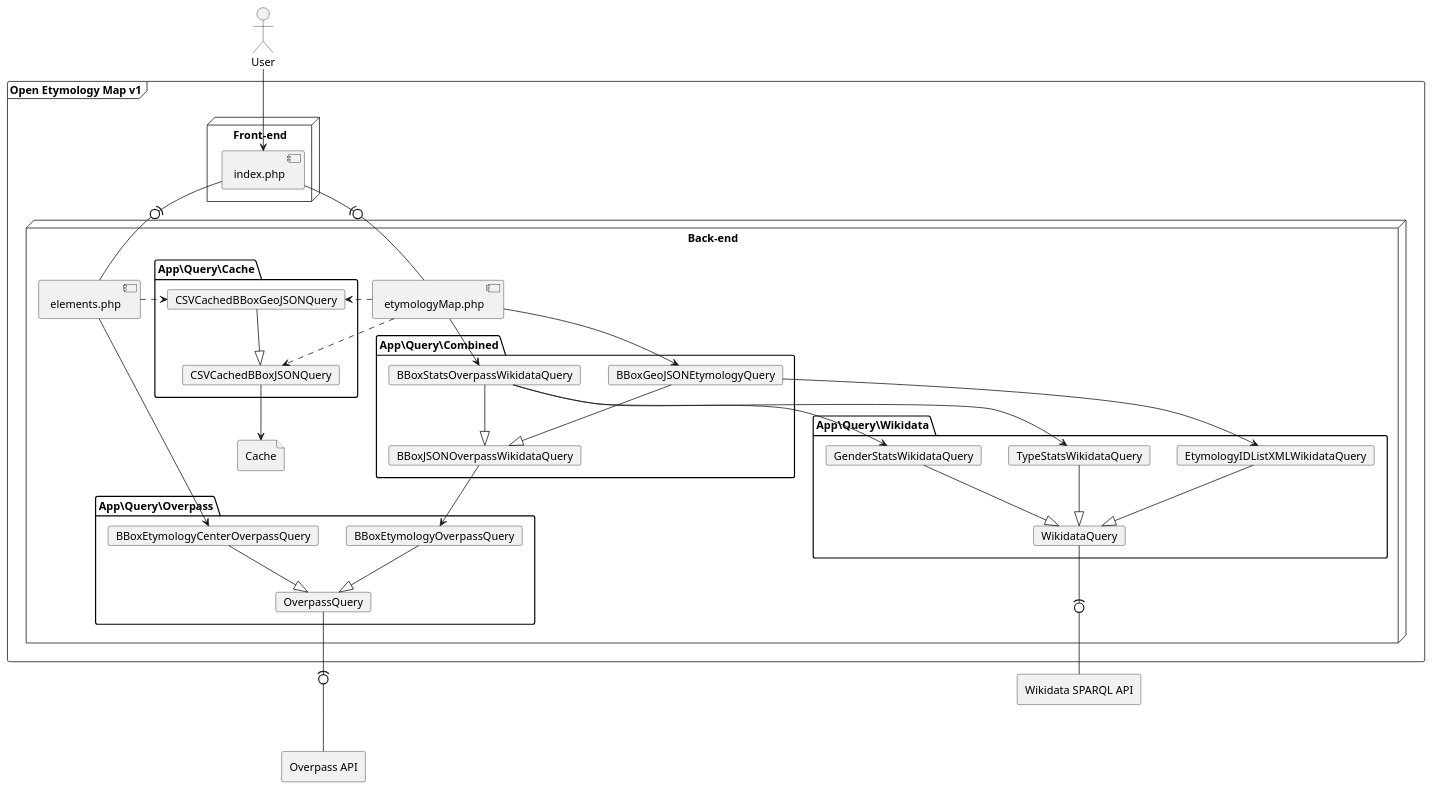
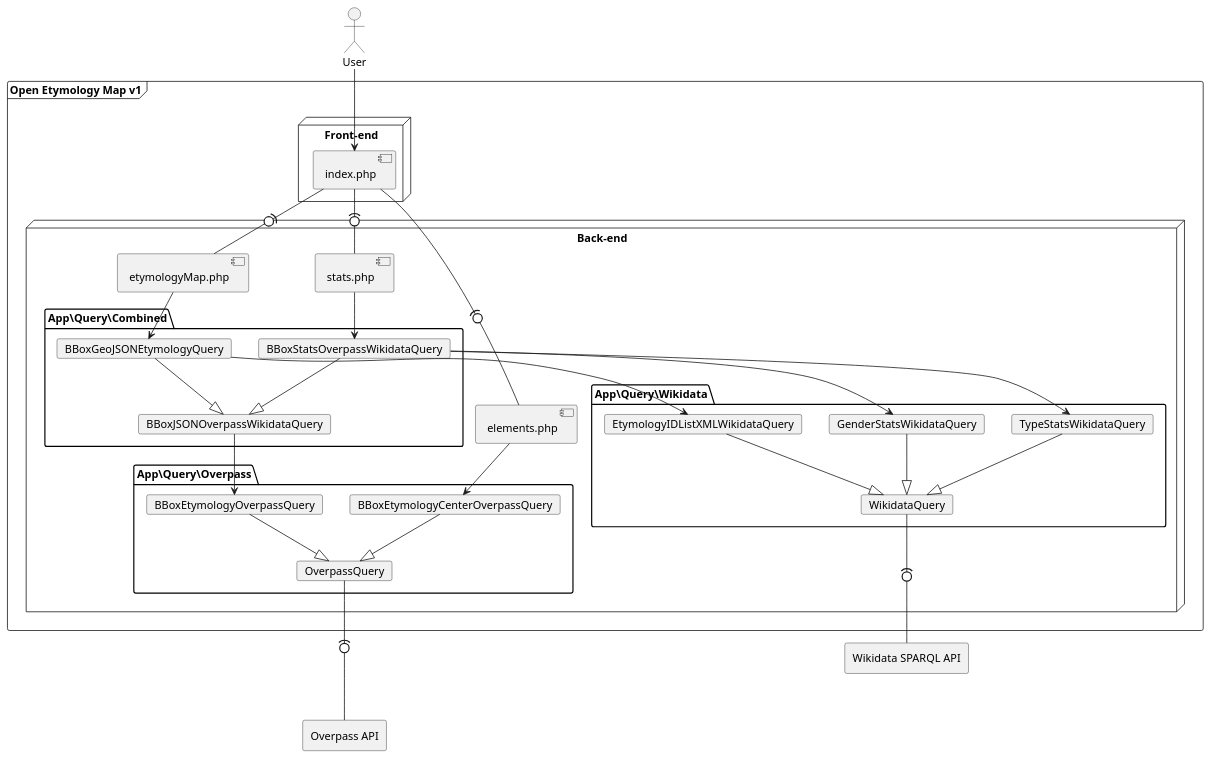
The third of 3 diagrams in CONTRIBUTING.md (Danysan1/osm-wikidata-map-framework), drawn with PlantUML before and after one commit. The commit also changed other lines of this file and 3 other files, not shown here.

Commit message:
stats.php

````diff
--- a/CONTRIBUTING.md
+++ b/CONTRIBUTING.md
@@ -279,71 +279,73 @@
 ```plantuml
-@startuml oem_v1
 actor user as "User"
 frame oem as "Open Etymology Map v1" {
     node "Front-end" {
         component index as "index.php"
     }
     node "Back-end" {
-        file cache as "Cache"
         component etymologyMap as "etymologyMap.php"
         component elements as "elements.php"
-        package "App\Query\Cache" {
-            card CSVCachedBBoxGeoJSONQuery
-            card CSVCachedBBoxJSONQuery
-        }
+        component stats as "stats.php"
         package "App\Query\Combined" {
             card BBoxGeoJSONEtymologyQuery
             card BBoxStatsOverpassWikidataQuery
             card BBoxJSONOverpassWikidataQuery
         }
         package "App\Query\Wikidata" {
             card WikidataQuery
             card EtymologyIDListXMLWikidataQuery
             card TypeStatsWikidataQuery
             card GenderStatsWikidataQuery
         }
         package "App\Query\Overpass" {
             card OverpassQuery
             card BBoxEtymologyOverpassQuery
             card BBoxEtymologyCenterOverpassQuery
         }
+/'
+        package "App\Query\Cache" {
+            card CSVCachedBBoxGeoJSONQuery
+            card CSVCachedBBoxJSONQuery
+        }
+        'file cache as "Cache"
+'/
     }
 }
+agent wikidata as "Wikidata SPARQL API"
 agent overpass as "Overpass API"
-agent wikidata as "Wikidata SPARQL API"
 
 user --> index
 index -(0- etymologyMap
 index -(0- elements
+index -(0- stats
 
-etymologyMap  .> CSVCachedBBoxJSONQuery
-etymologyMap  .> CSVCachedBBoxGeoJSONQuery
-elements .> CSVCachedBBoxGeoJSONQuery
+/'
+stats  ..> CSVCachedBBoxJSONQuery
+etymologyMap  ..> CSVCachedBBoxGeoJSONQuery
+elements ..> CSVCachedBBoxGeoJSONQuery
 CSVCachedBBoxGeoJSONQuery --|> CSVCachedBBoxJSONQuery
 CSVCachedBBoxJSONQuery --> cache
+'/
 
 elements --> BBoxEtymologyCenterOverpassQuery
-
 etymologyMap --> BBoxGeoJSONEtymologyQuery
-etymologyMap --> BBoxStatsOverpassWikidataQuery
+stats --> BBoxStatsOverpassWikidataQuery
 
 BBoxGeoJSONEtymologyQuery --|> BBoxJSONOverpassWikidataQuery
 BBoxStatsOverpassWikidataQuery --|> BBoxJSONOverpassWikidataQuery
 
 BBoxEtymologyOverpassQuery --|> OverpassQuery
 BBoxEtymologyCenterOverpassQuery --|> OverpassQuery
 
 EtymologyIDListXMLWikidataQuery --|> WikidataQuery
 TypeStatsWikidataQuery --|> WikidataQuery
 GenderStatsWikidataQuery --|> WikidataQuery
 
 BBoxJSONOverpassWikidataQuery --> BBoxEtymologyOverpassQuery
 BBoxGeoJSONEtymologyQuery --> EtymologyIDListXMLWikidataQuery
 BBoxStatsOverpassWikidataQuery --> GenderStatsWikidataQuery
 BBoxStatsOverpassWikidataQuery --> TypeStatsWikidataQuery
 
 OverpassQuery --(0- overpass
 WikidataQuery --(0- wikidata
-
-@enduml
 ```
````
